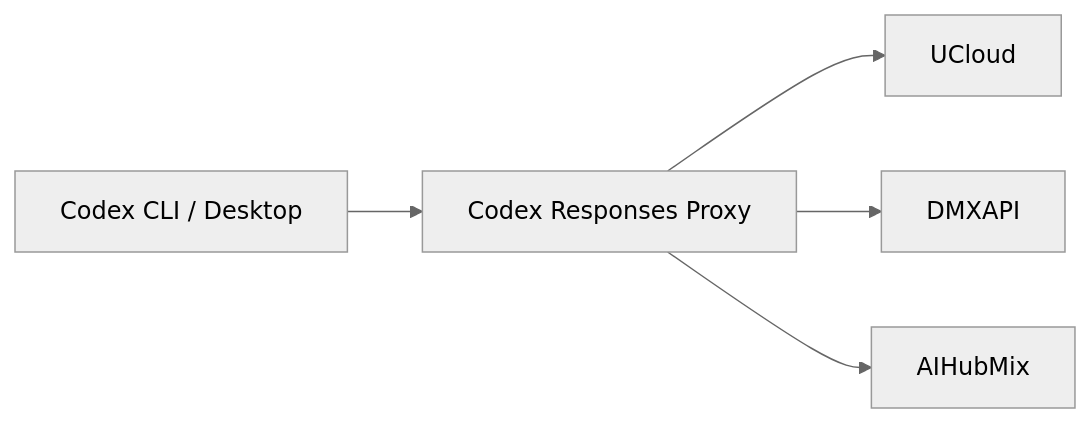
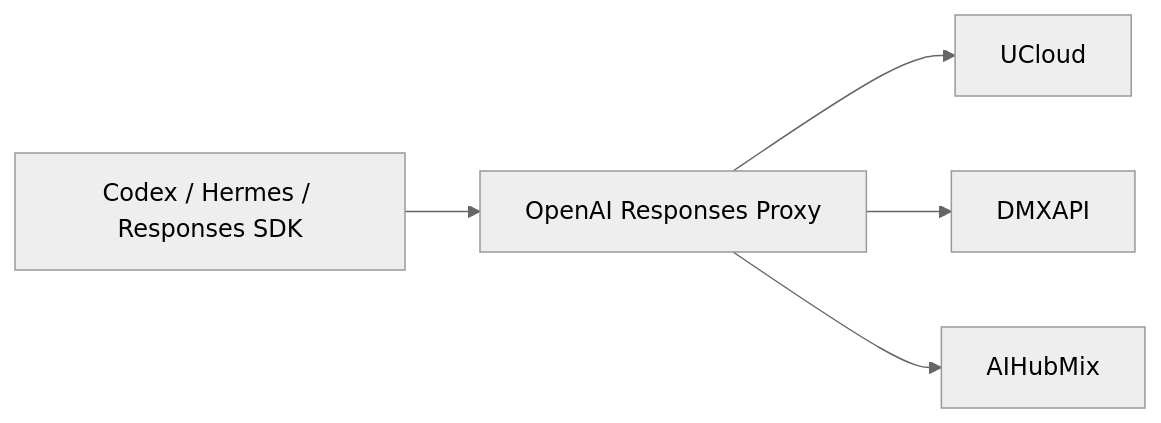
One commit to HengYangDS/codex-responses-proxy changed the diagram in README.md. Above: the diagram before and after it, drawn with Mermaid (neutral theme). The commit also changed other lines of this file and 276 other files, not shown here.

````diff
--- a/README.md
+++ b/README.md
@@ -13,7 +13,7 @@
 ```mermaid
 flowchart LR
-    C["Codex CLI / Desktop"] --> P["Codex Responses Proxy"]
+    C["Codex / Hermes / Responses SDK"] --> P["OpenAI Responses Proxy"]
     P --> U["UCloud"]
     P --> D["DMXAPI"]
     P --> A["AIHubMix"]
 ```
````
